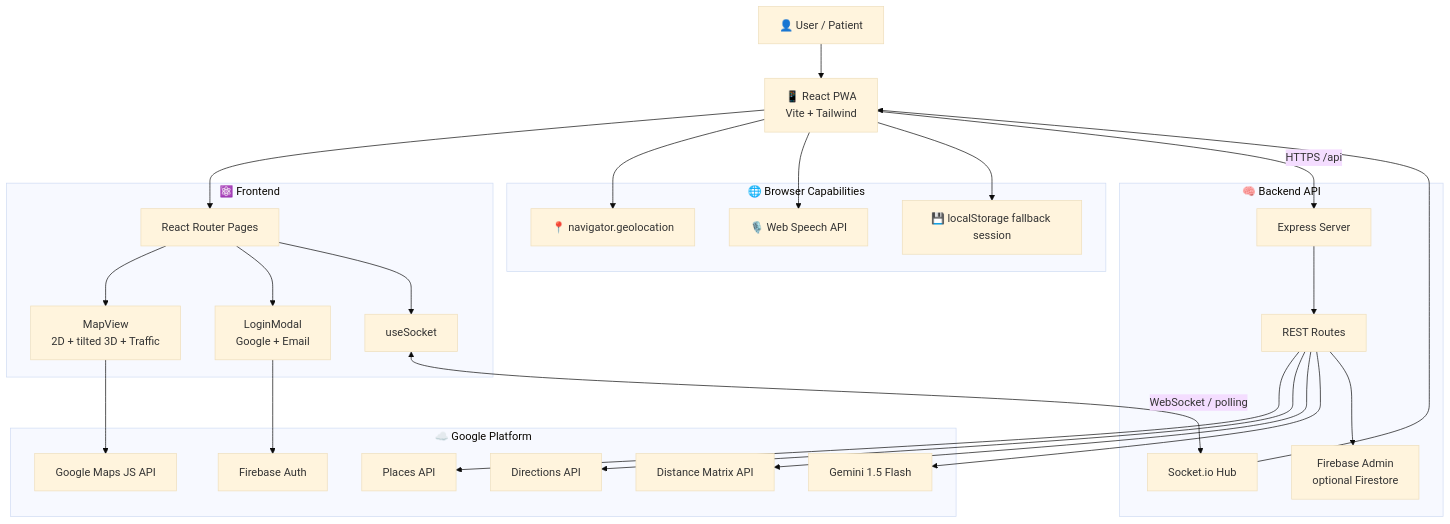
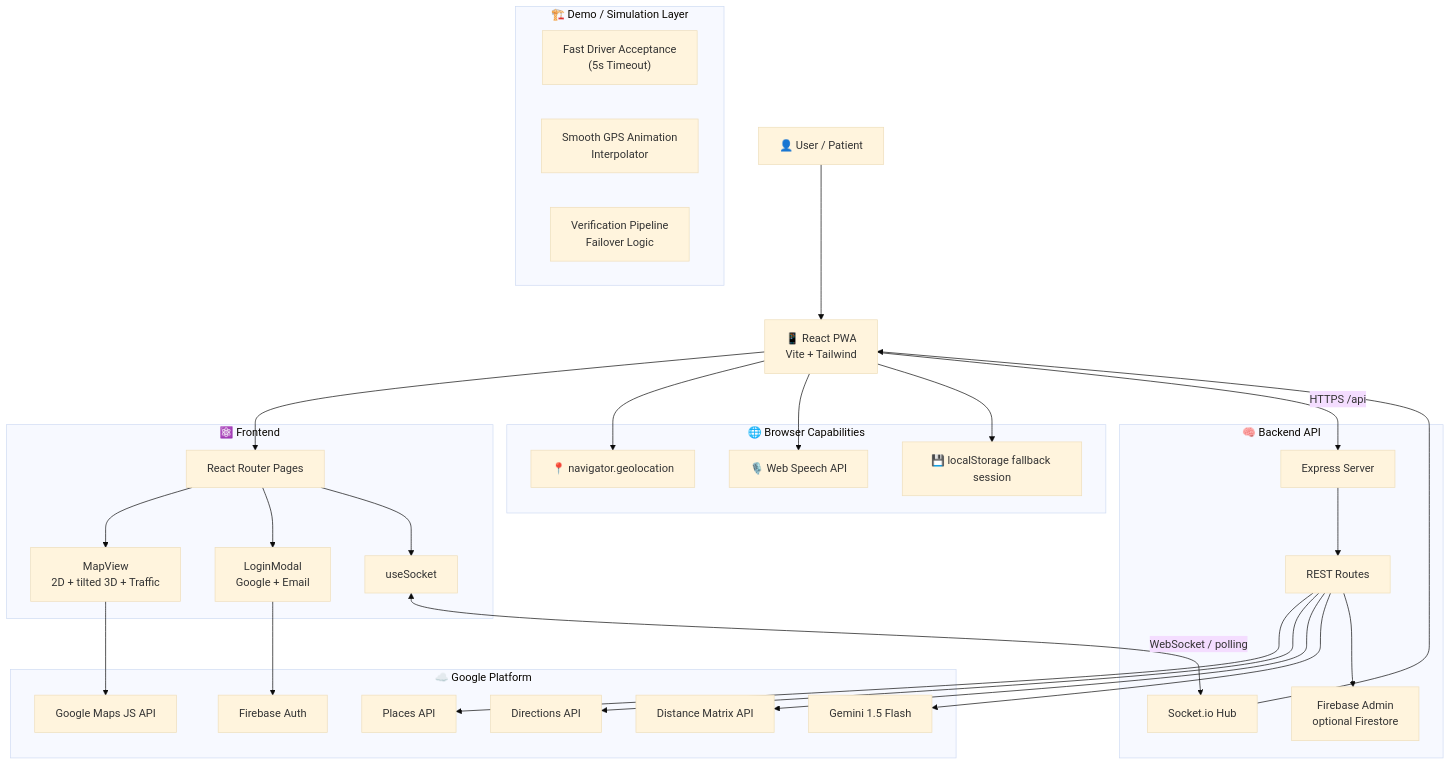
Before and after one commit to KGFCH2/LifeLine: the first of 7 diagrams in ARCHITECTURE.md, drawn with Mermaid (base theme).

Commit message:
Integrated a demo simulation layer into the high level architecture diagram

````diff
--- a/ARCHITECTURE.md
+++ b/ARCHITECTURE.md
@@ -7,52 +7,58 @@
 ```mermaid
 graph TB
     User["👤 User / Patient"] --> PWA["📱 React PWA<br/>Vite + Tailwind"]
 
     subgraph Browser["🌐 Browser Capabilities"]
         Geo["📍 navigator.geolocation"]
         Speech["🎙️ Web Speech API"]
         Local["💾 localStorage fallback session"]
     end
 
     subgraph Frontend["⚛️ Frontend"]
         Router["React Router Pages"]
         MapView["MapView<br/>2D + tilted 3D + Traffic"]
         AuthUI["LoginModal<br/>Google + Email"]
         SocketHook["useSocket"]
     end
 
     subgraph Backend["🧠 Backend API"]
         Express["Express Server"]
         REST["REST Routes"]
         SocketIO["Socket.io Hub"]
         FirebaseAdmin["Firebase Admin<br/>optional Firestore"]
     end
 
     subgraph Google["☁️ Google Platform"]
         MapsJS["Google Maps JS API"]
         Places["Places API"]
         Directions["Directions API"]
         Distance["Distance Matrix API"]
         FirebaseAuth["Firebase Auth"]
         Gemini["Gemini 1.5 Flash"]
     end
 
+    subgraph Simulation["🏗️ Demo / Simulation Layer"]
+        SimAmbulance["Fast Driver Acceptance<br/>(5s Timeout)"]
+        SimMovement["Smooth GPS Animation<br/>Interpolator"]
+        SimAI["Verification Pipeline<br/>Failover Logic"]
+    end
+
     PWA --> Router
     PWA --> Geo
     PWA --> Speech
     PWA --> Local
     Router --> MapView
     Router --> AuthUI
     Router --> SocketHook
     MapView --> MapsJS
     AuthUI --> FirebaseAuth
     SocketHook <-->|"WebSocket / polling"| SocketIO
     PWA -->|"HTTPS /api"| Express
     Express --> REST
     REST --> Places
     REST --> Directions
     REST --> Distance
     REST --> Gemini
     REST --> FirebaseAdmin
     SocketIO --> PWA
 ```
````
